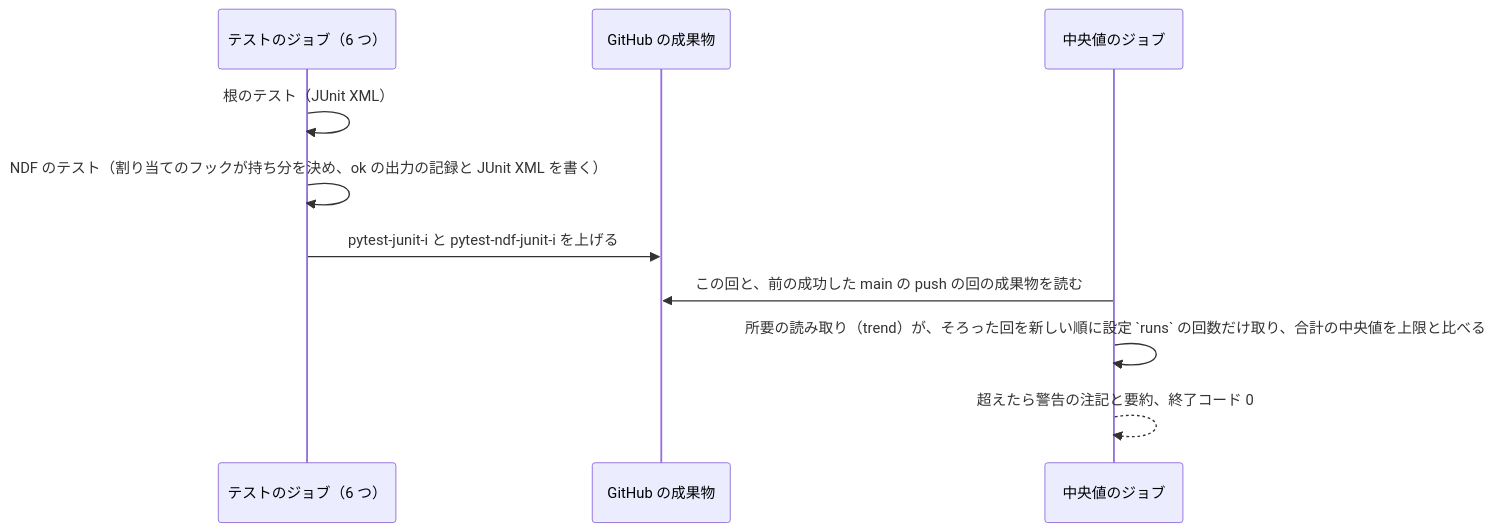
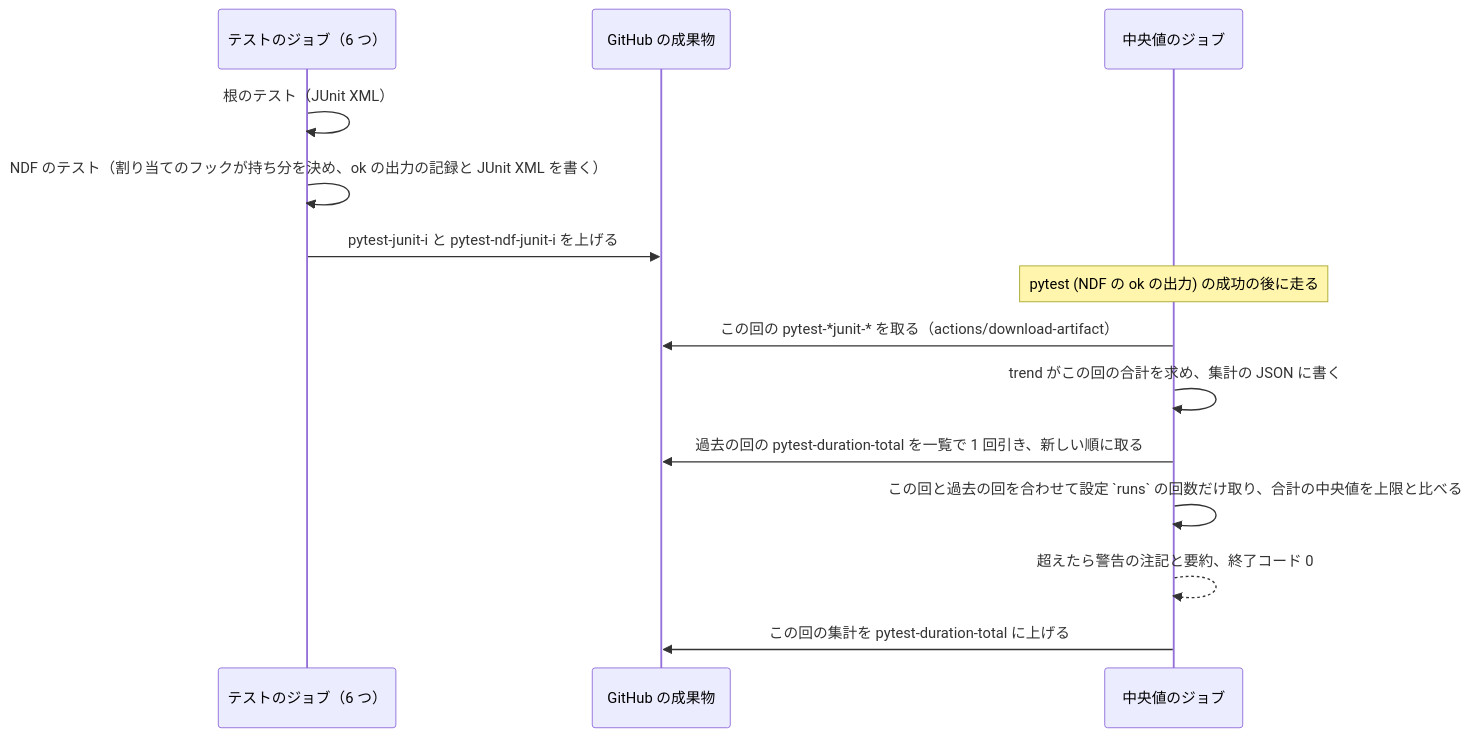
Before and after one commit to devbasex/ai-plugins: the fourth of 4 diagrams in issues/issue-4331-design.md, drawn with Mermaid. The commit also changed other lines of this file, not shown here.

````diff
--- a/issues/issue-4331-design.md
+++ b/issues/issue-4331-design.md
@@ -118,12 +127,16 @@
 ```mermaid
 sequenceDiagram
     participant J as テストのジョブ（6 つ）
     participant G as GitHub の成果物
     participant D as 中央値のジョブ
     J->>J: 根のテスト（JUnit XML）
     J->>J: NDF のテスト（割り当てのフックが持ち分を決め、ok の出力の記録と JUnit XML を書く）
     J->>G: pytest-junit-i と pytest-ndf-junit-i を上げる
-    D->>G: この回と、前の成功した main の push の回の成果物を読む
-    D->>D: 所要の読み取り（trend）が、そろった回を新しい順に設定 `runs` の回数だけ取り、合計の中央値を上限と比べる
+    Note over D: pytest (NDF の ok の出力) の成功の後に走る
+    D->>G: この回の pytest-*junit-* を取る（actions/download-artifact）
+    D->>D: trend がこの回の合計を求め、集計の JSON に書く
+    D->>G: 過去の回の pytest-duration-total を一覧で 1 回引き、新しい順に取る
+    D->>D: この回と過去の回を合わせて設定 `runs` の回数だけ取り、合計の中央値を上限と比べる
     D-->>D: 超えたら警告の注記と要約、終了コード 0
+    D->>G: この回の集計を pytest-duration-total に上げる
 ```
````
